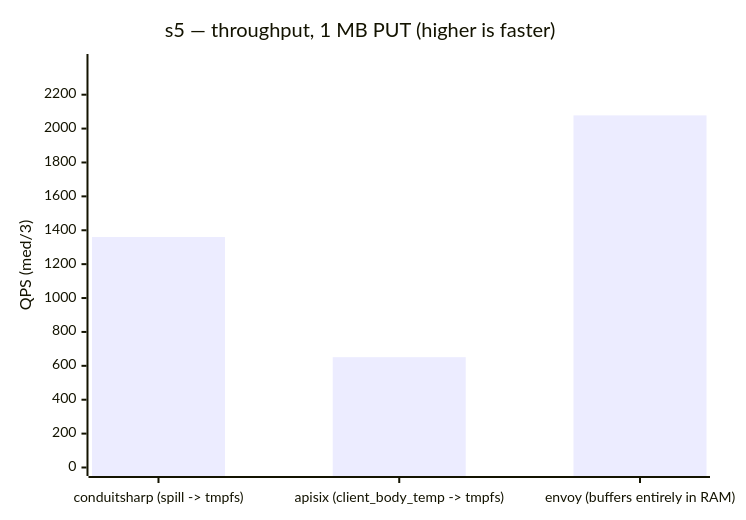
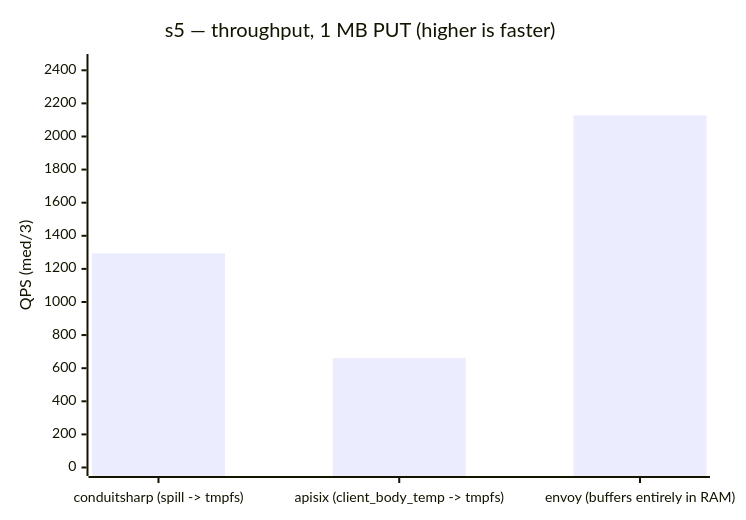
One commit to liqngliz/ConduitSharp changed the second of 2 diagrams in benchmarks/load/README.md. Above: the diagram before and after it, drawn with Mermaid. The commit also changed other lines of this file and 65 other files, not shown here.

````diff
--- a/benchmarks/load/README.md
+++ b/benchmarks/load/README.md
@@ -135,7 +135,7 @@
 ```mermaid
 xychart-beta
     title "s5 — throughput, 1 MB PUT (higher is faster)"
     x-axis ["conduitsharp (spill -> tmpfs)", "apisix (client_body_temp -> tmpfs)", "envoy (buffers entirely in RAM)"]
-    y-axis "QPS (med/3)" 0 --> 2390
-    bar [1360, 651, 2078]
+    y-axis "QPS (med/3)" 0 --> 2447
+    bar [1294, 661, 2128]
 ```
````
